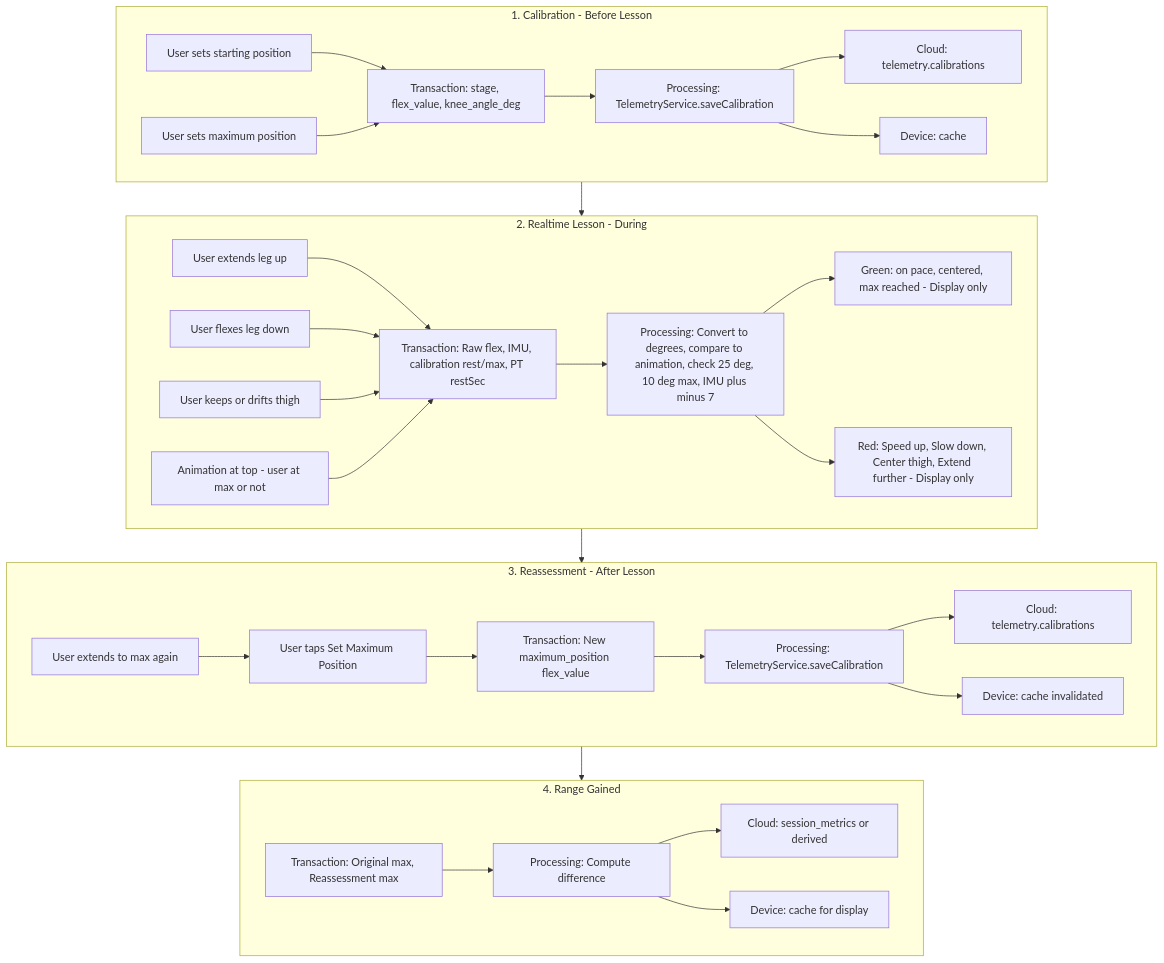
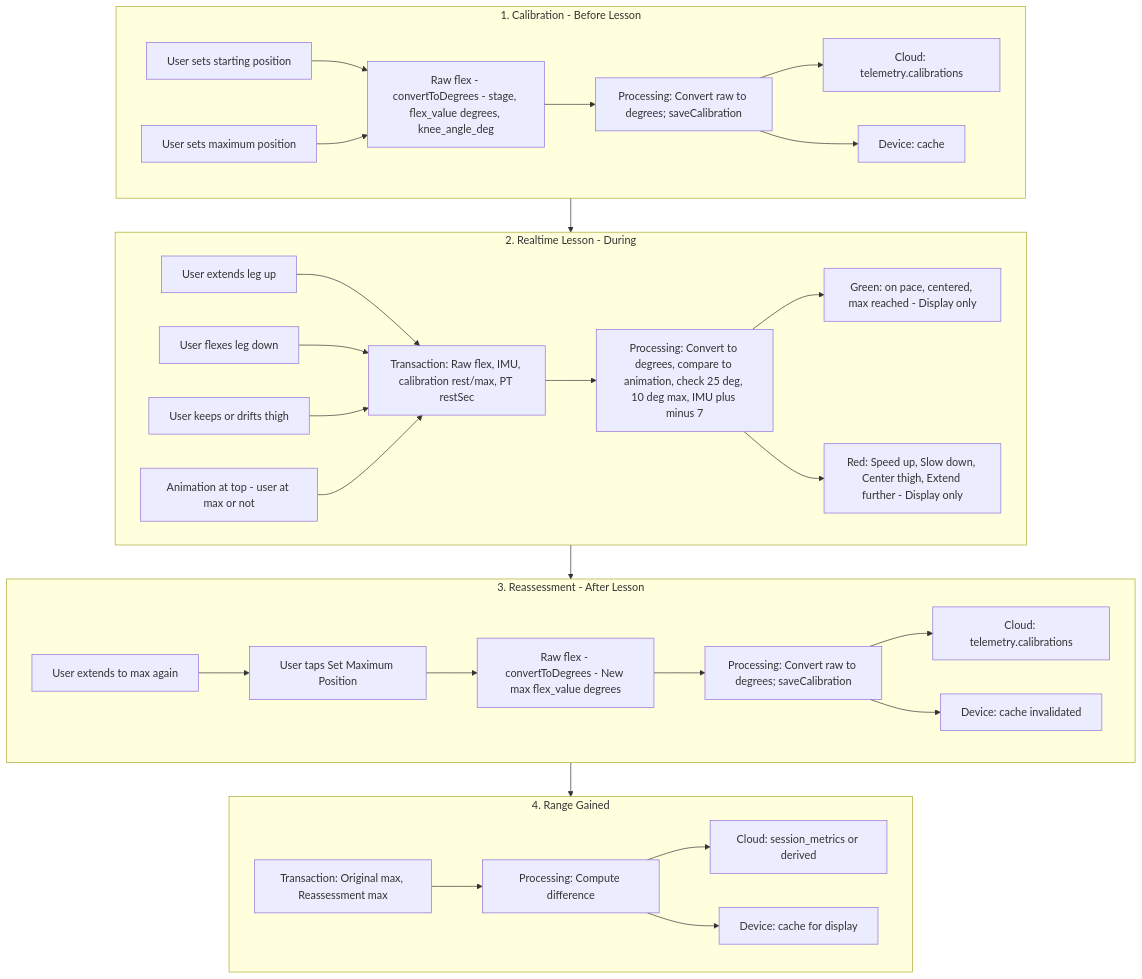
Before and after one commit to seanja5/realrehab-mvp: the third of 8 diagrams in docs/DATA_FLOW.md, drawn with Mermaid. The commit also changed other lines of this file, not shown here.

Commit message:
Update DATA_FLOW diagrams: add processing details, Bucket D and E diagrams

````diff
--- a/docs/DATA_FLOW.md
+++ b/docs/DATA_FLOW.md
@@ -196,62 +223,62 @@
 ```mermaid
 flowchart TB
     subgraph Calibration ["1. Calibration - Before Lesson"]
         A1[User sets starting position]
         A2[User sets maximum position]
-        T1[Transaction: stage, flex_value, knee_angle_deg]
-        P1[Processing: TelemetryService.saveCalibration]
+        T1[Raw flex - convertToDegrees - stage, flex_value degrees, knee_angle_deg]
+        P1[Processing: Convert raw to degrees; saveCalibration]
         D1[Cloud: telemetry.calibrations]
         D2[Device: cache]
         A1 --> T1
         A2 --> T1
         T1 --> P1
         P1 --> D1
         P1 --> D2
     end
 
     subgraph Realtime ["2. Realtime Lesson - During"]
         B1[User extends leg up]
         B2[User flexes leg down]
         B3[User keeps or drifts thigh]
         B4[Animation at top - user at max or not]
         T2[Transaction: Raw flex, IMU, calibration rest/max, PT restSec]
         P2[Processing: Convert to degrees, compare to animation, check 25 deg, 10 deg max, IMU plus minus 7]
         R1[Green: on pace, centered, max reached - Display only]
         R2[Red: Speed up, Slow down, Center thigh, Extend further - Display only]
         B1 --> T2
         B2 --> T2
         B3 --> T2
         B4 --> T2
         T2 --> P2
         P2 --> R1
         P2 --> R2
     end
 
     subgraph Reassessment ["3. Reassessment - After Lesson"]
         C1[User extends to max again]
         C2[User taps Set Maximum Position]
-        T3[Transaction: New maximum_position flex_value]
-        P3[Processing: TelemetryService.saveCalibration]
+        T3[Raw flex - convertToDegrees - New max flex_value degrees]
+        P3[Processing: Convert raw to degrees; saveCalibration]
         D3[Cloud: telemetry.calibrations]
         D4[Device: cache invalidated]
         C1 --> C2
         C2 --> T3
         T3 --> P3
         P3 --> D3
         P3 --> D4
     end
 
     subgraph RangeGained ["4. Range Gained"]
         T4[Transaction: Original max, Reassessment max]
         P4[Processing: Compute difference]
         D5[Cloud: session_metrics or derived]
         D6[Device: cache for display]
         T4 --> P4
         P4 --> D5
         P4 --> D6
     end
 
     Calibration --> Realtime
     Realtime --> Reassessment
     Reassessment --> RangeGained
 ```
````
